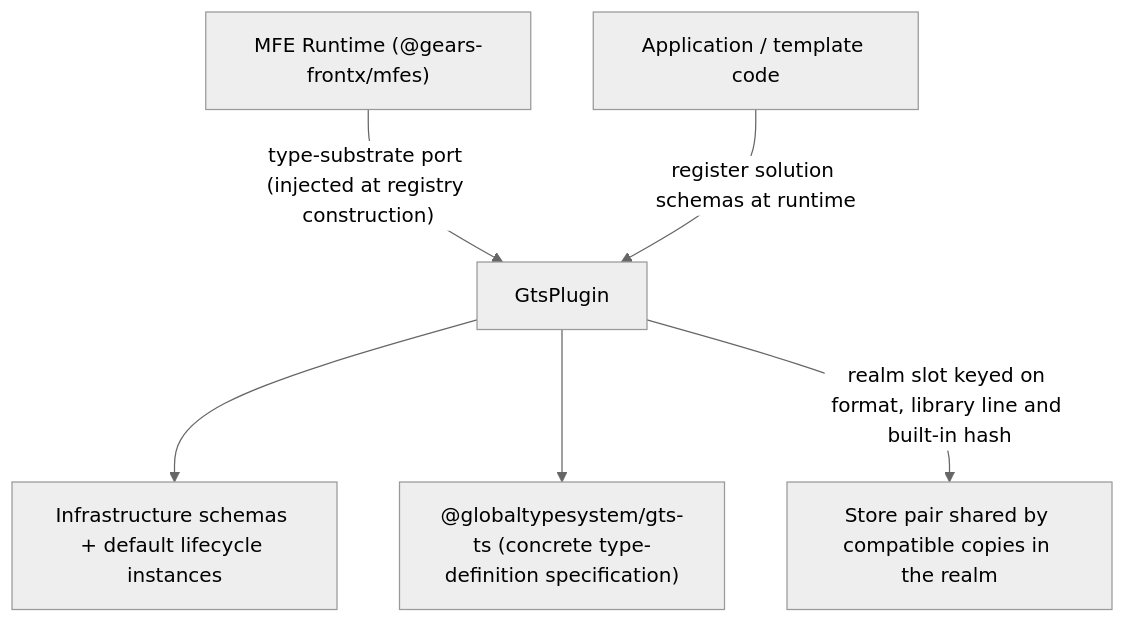
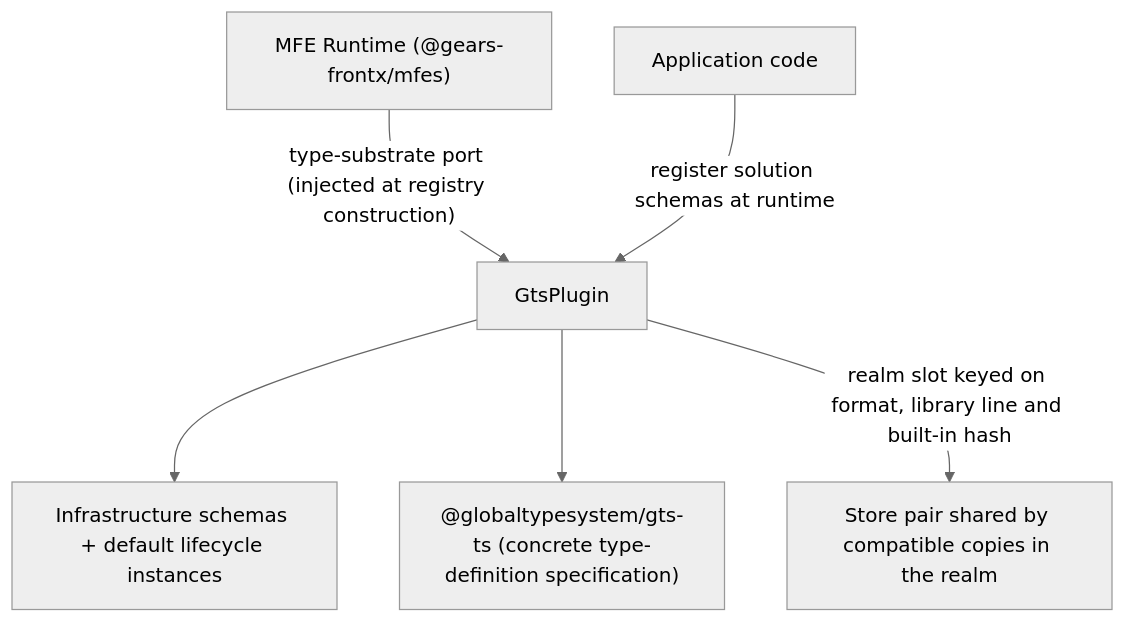
One commit to constructorfabric/gears-frontx changed the first of 3 diagrams in packages/gts-plugin/architecture/DESIGN.md. Above: the diagram before and after it, drawn with Mermaid (neutral theme). The commit also changed other lines of this file and 18 other files, not shown here.

````diff
--- a/packages/gts-plugin/architecture/DESIGN.md
+++ b/packages/gts-plugin/architecture/DESIGN.md
@@ -70,8 +74,8 @@
 ```mermaid
 graph TD
     Runtime["MFE Runtime (@gears-frontx/mfes)"] -- "type-substrate port (injected at registry construction)" --> Plugin[GtsPlugin]
     Plugin --> Schemas[Infrastructure schemas + default lifecycle instances]
     Plugin --> GTS["@globaltypesystem/gts-ts (concrete type-definition specification)"]
     Plugin -- "realm slot keyed on format, library line and built-in hash" --> Store["Store pair shared by compatible copies in the realm"]
-    Owners[Application / template code] -- "register solution schemas at runtime" --> Plugin
+    Owners[Application code] -- "register solution schemas at runtime" --> Plugin
 ```
````
